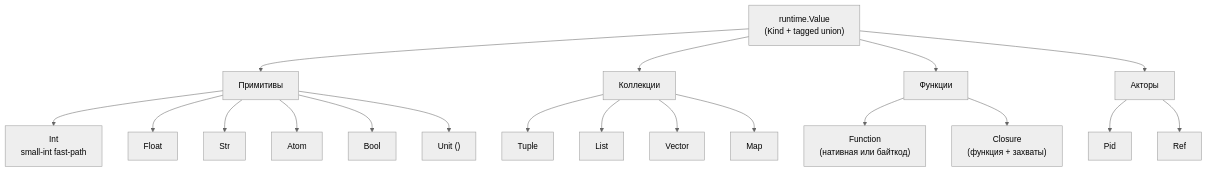
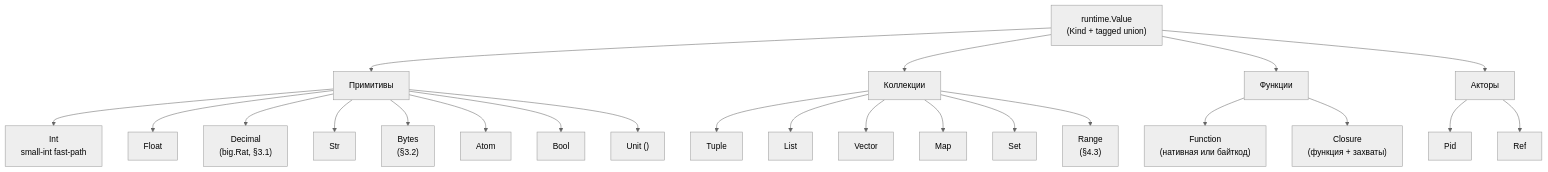
One commit to it1ro/brig-lang changed the first of 4 diagrams in docs/architecture.md. Above: the diagram before and after it, drawn with Mermaid (neutral theme). The commit also changed other lines of this file, not shown here.

Commit message:
docs: update architecture

````diff
--- a/docs/architecture.md
+++ b/docs/architecture.md
@@ -62,22 +66,26 @@
 ```mermaid
 graph TD
     V["runtime.Value<br/>(Kind + tagged union)"]
     V --> PRIM["Примитивы"]
     V --> COLL["Коллекции"]
     V --> FN["Функции"]
     V --> ACT["Акторы"]
     PRIM --> INT["Int<br/>small-int fast-path"]
     PRIM --> FLT["Float"]
+    PRIM --> DEC["Decimal<br/>(big.Rat, §3.1)"]
     PRIM --> STR["Str"]
+    PRIM --> BYT["Bytes<br/>(§3.2)"]
     PRIM --> ATM["Atom"]
     PRIM --> BOOL["Bool"]
     PRIM --> UNIT["Unit ()"]
     COLL --> TUP["Tuple"]
     COLL --> LST["List"]
     COLL --> VEC["Vector"]
     COLL --> MAP["Map"]
+    COLL --> SET["Set"]
+    COLL --> RNG["Range<br/>(§4.3)"]
     FN --> FVAL["Function<br/>(нативная или байткод)"]
     FN --> CLO["Closure<br/>(функция + захваты)"]
     ACT --> PID["Pid"]
     ACT --> REF["Ref"]
 ```
````
